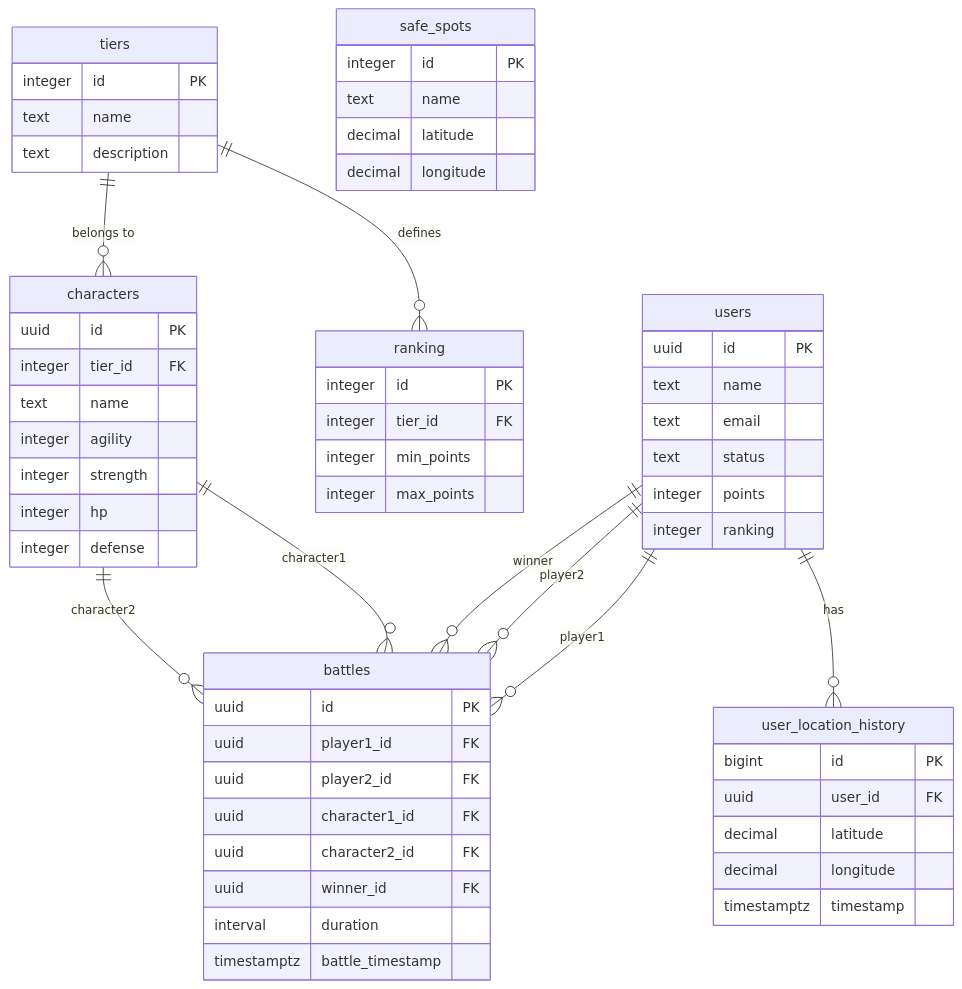
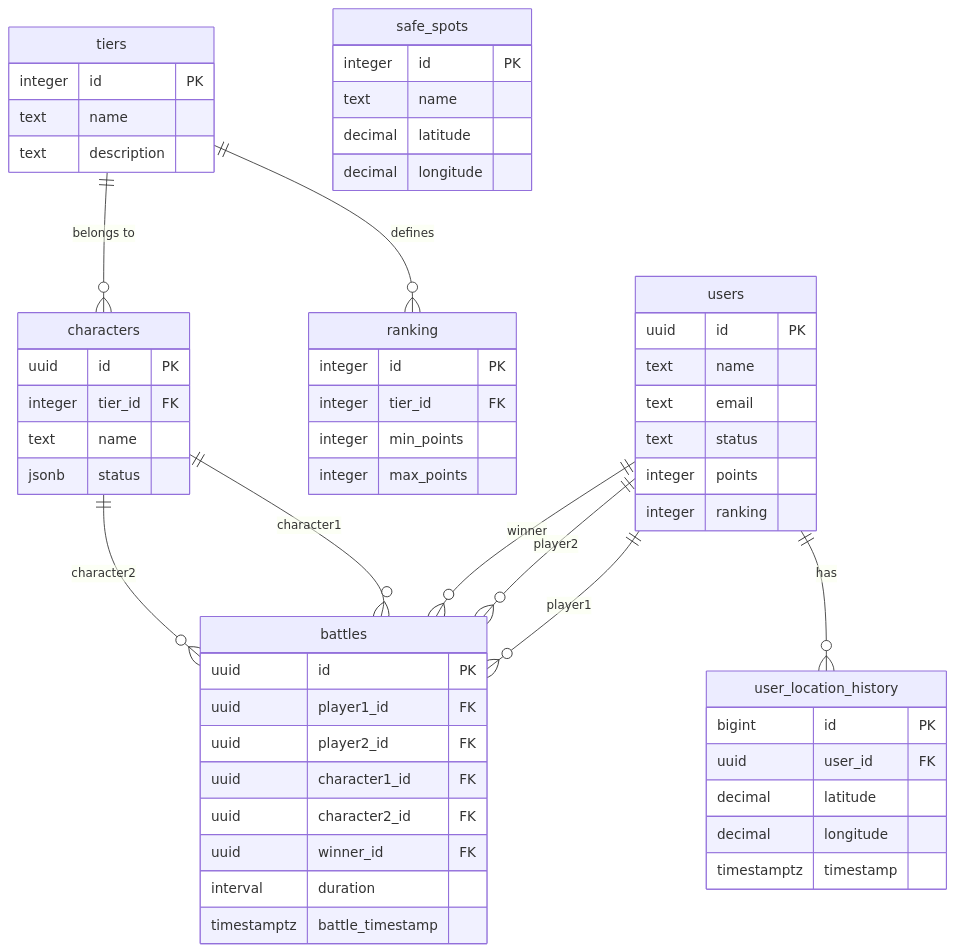
The diagram in database/database.md (Cabritto-Corps/CaosFighters), drawn with Mermaid before and after one commit. The commit also changed other lines of this file and 7 other files, not shown here.

Commit message:
made changes to all table and column names to be in english. Changes the way status of characters are stored to be in JSONB

````diff
--- a/database/database.md
+++ b/database/database.md
@@ -13,69 +13,66 @@
 ```mermaid
 erDiagram
     users {
         uuid id PK
         text name
         text email
         text status
         integer points
         integer ranking
     }
 
     tiers {
         integer id PK
         text name
         text description
     }
 
     ranking {
         integer id PK
         integer tier_id FK
         integer min_points
         integer max_points
     }
 
     characters {
         uuid id PK
         integer tier_id FK
         text name
-        integer agility
-        integer strength
-        integer hp
-        integer defense
+        jsonb status
     }
 
     battles {
         uuid id PK
         uuid player1_id FK
         uuid player2_id FK
         uuid character1_id FK
         uuid character2_id FK
         uuid winner_id FK
         interval duration
         timestamptz battle_timestamp
     }
 
     user_location_history {
         bigint id PK
         uuid user_id FK
         decimal latitude
         decimal longitude
         timestamptz timestamp
     }
 
     safe_spots {
         integer id PK
         text name
         decimal latitude
         decimal longitude
     }
 
     users ||--o{ battles : "player1"
     users ||--o{ battles : "player2"
     users ||--o{ battles : "winner"
     users ||--o{ user_location_history : "has"
     characters ||--o{ battles : "character1"
     characters ||--o{ battles : "character2"
     tiers ||--o{ characters : "belongs to"
     tiers ||--o{ ranking : "defines"
 ```
````
